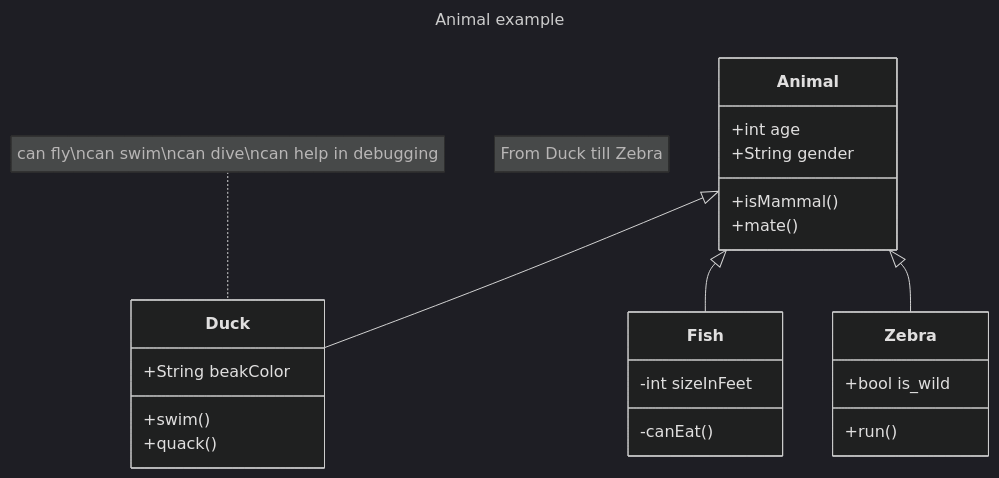
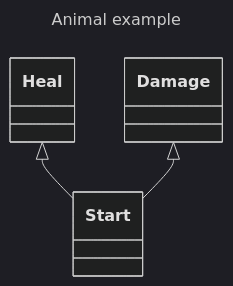
The diagram in classes/doctor/doctor.md (3ndercat/DivineSteam2), drawn with Mermaid (dark theme) before and after one commit.

Commit message:
Diagram test

````diff
--- a/classes/doctor/doctor.md
+++ b/classes/doctor/doctor.md
@@ -18,29 +18,18 @@
 ```mermaid
 ---
 title: Animal example
 ---
 classDiagram
-    note "From Duck till Zebra"
-    Animal <|-- Duck
-    note for Duck "can fly\ncan swim\ncan dive\ncan help in debugging"
-    Animal <|-- Fish
-    Animal <|-- Zebra
-    Animal : +int age
-    Animal : +String gender
-    Animal: +isMammal()
-    Animal: +mate()
-    class Duck{
-        +String beakColor
-        +swim()
-        +quack()
+    Heal <|-- Start
+    Damage <|-- Start
+    class Start{
+        
     }
-    class Fish{
-        -int sizeInFeet
-        -canEat()
+    class Heal{
+        
     }
-    class Zebra{
-        +bool is_wild
-        +run()
+    class Damage{
+        
     }
 
 ```
````
